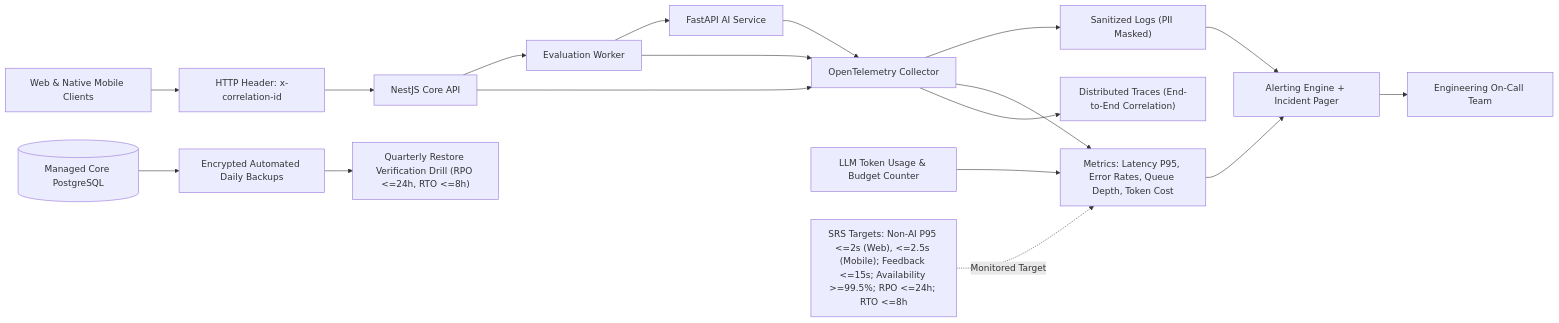
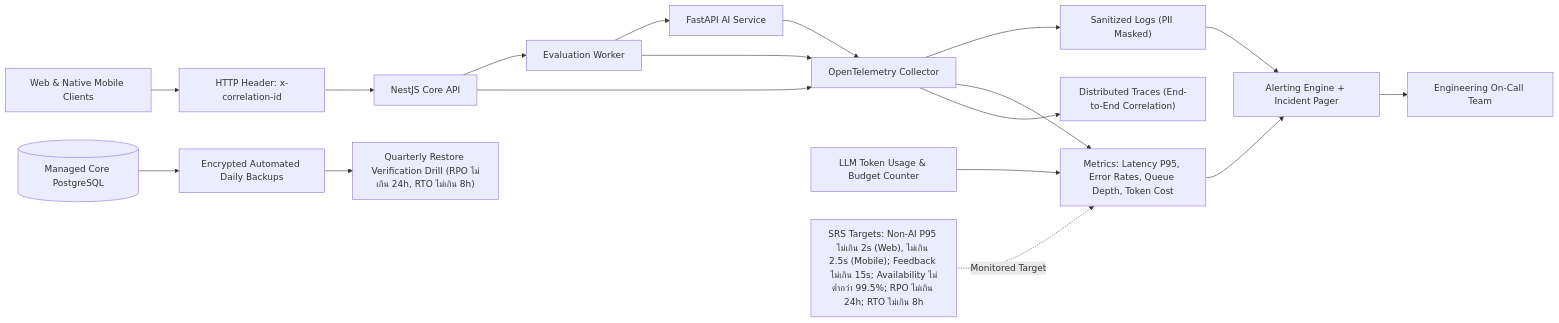
Before and after one commit to Phoomss/interviewx-datahub: diagram 17 of 19 in docs-interviex/03_SRS_Requirements/archive/v1.1_en_draft/ALL_DIAGRAMS_v1.1_DRAFT.md, drawn with Mermaid. The commit also changed other lines of this file and 21 other files, not shown here.

Commit message:
fix error Unable to render rich display for all diagram

````diff
--- a/docs-interviex/03_SRS_Requirements/archive/v1.1_en_draft/ALL_DIAGRAMS_v1.1_DRAFT.md
+++ b/docs-interviex/03_SRS_Requirements/archive/v1.1_en_draft/ALL_DIAGRAMS_v1.1_DRAFT.md
@@ -751,21 +751,21 @@
 ```mermaid
 flowchart LR
  Client["Web & Native Mobile Clients"] --> Trace["HTTP Header: x-correlation-id"]
  Trace --> API["NestJS Core API"]
  API --> Worker["Evaluation Worker"]
  Worker --> AI["FastAPI AI Service"]
 
  API & Worker & AI --> OTel["OpenTelemetry Collector"]
  OTel --> Logs["Sanitized Logs (PII Masked)"]
  OTel --> Metrics["Metrics: Latency P95, Error Rates, Queue Depth, Token Cost"]
  OTel --> Traces["Distributed Traces (End-to-End Correlation)"]
 
  Metrics & Logs --> Alerts["Alerting Engine + Incident Pager"]
  Alerts --> Oncall["Engineering On-Call Team"]
 
  PG[("Managed Core PostgreSQL")] --> Backups["Encrypted Automated Daily Backups"]
- Backups --> Restore["Quarterly Restore Verification Drill (RPO <=24h, RTO <=8h)"]
+ Backups --> Restore["Quarterly Restore Verification Drill (RPO ไม่เกิน 24h, RTO ไม่เกิน 8h)"]
 
  TokenCost["LLM Token Usage & Budget Counter"] --> Metrics
- Note["SRS Targets: Non-AI P95 <=2s (Web), <=2.5s (Mobile); Feedback <=15s; Availability >=99.5%; RPO <=24h; RTO <=8h"] -. "Monitored Target" .-> Metrics
+ Note["SRS Targets: Non-AI P95 ไม่เกิน 2s (Web), ไม่เกิน 2.5s (Mobile); Feedback ไม่เกิน 15s; Availability ไม่ต่ำกว่า 99.5%; RPO ไม่เกิน 24h; RTO ไม่เกิน 8h"] -.->|"Monitored Target"| Metrics
 ```
````
